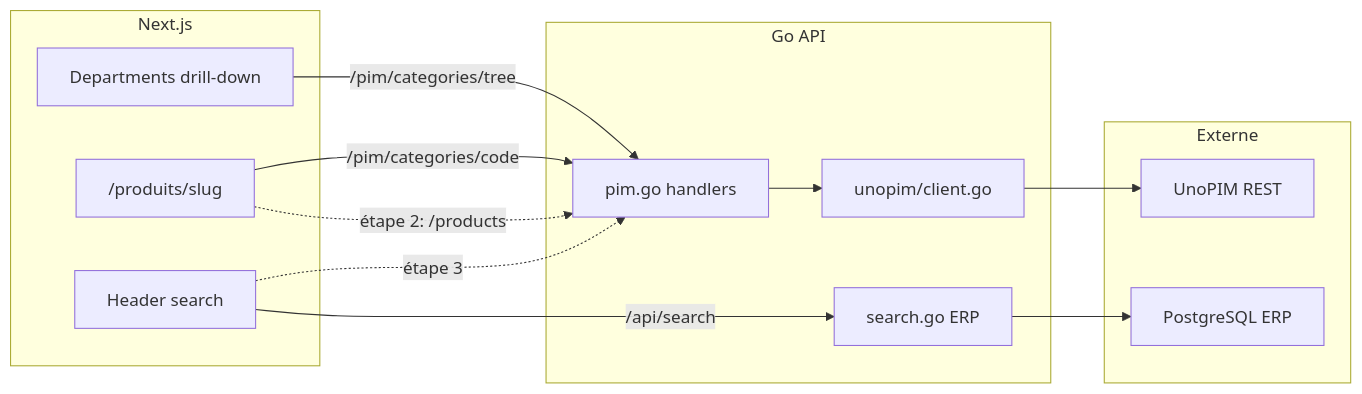
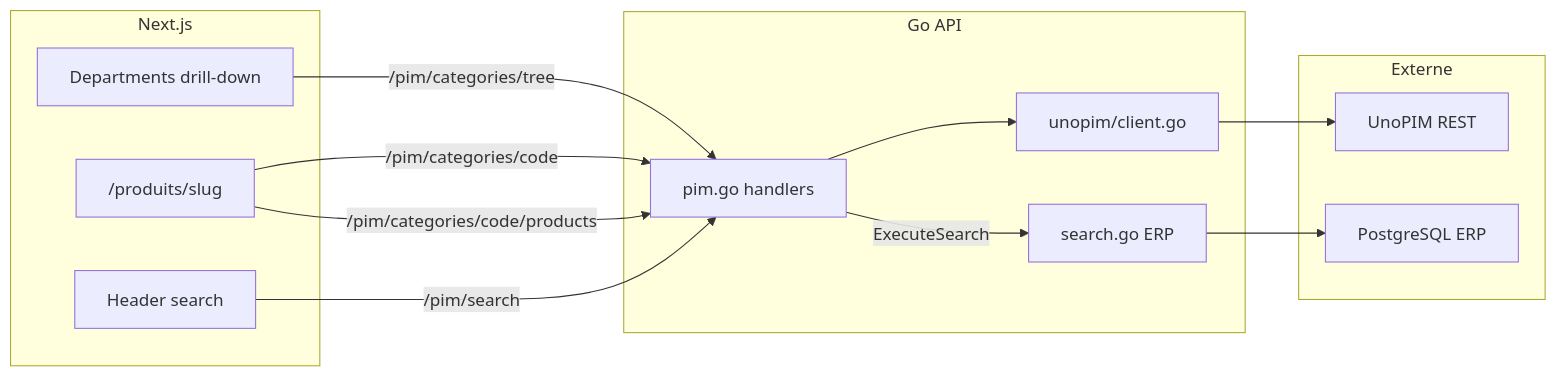
Before and after one commit to N95Ryan/midbec-journey: the diagram in 01 - Context/unopim-roadmap.md, drawn with Mermaid. The commit also changed other lines of this file and 2 other files, not shown here.

Commit message:
docs/journey : 'clôture Scope 13 UnoPIM — roadmap + README sync'

````diff
--- a/01 - Context/unopim-roadmap.md
+++ b/01 - Context/unopim-roadmap.md
@@ -344,27 +407,27 @@
 ```mermaid
 flowchart LR
     subgraph frontend [Next.js]
         Departments[Departments drill-down]
         CatPage["/produits/slug"]
         Search[Header search]
     end
 
     subgraph goapi [Go API]
         PimHandlers[pim.go handlers]
         UnoClient[unopim/client.go]
         SearchHandler[search.go ERP]
     end
 
     subgraph external [Externe]
         UnoPIM[UnoPIM REST]
         ERP[PostgreSQL ERP]
     end
 
     Departments -->|"/pim/categories/tree"| PimHandlers
     CatPage -->|"/pim/categories/code"| PimHandlers
-    CatPage -.->|"étape 2: /products"| PimHandlers
-    Search -.->|"étape 3"| PimHandlers
-    Search -->|"/api/search"| SearchHandler
+    CatPage -->|"/pim/categories/code/products"| PimHandlers
+    Search -->|"/pim/search"| PimHandlers
     PimHandlers --> UnoClient --> UnoPIM
+    PimHandlers -->|"ExecuteSearch"| SearchHandler
     SearchHandler --> ERP
 ```
````
